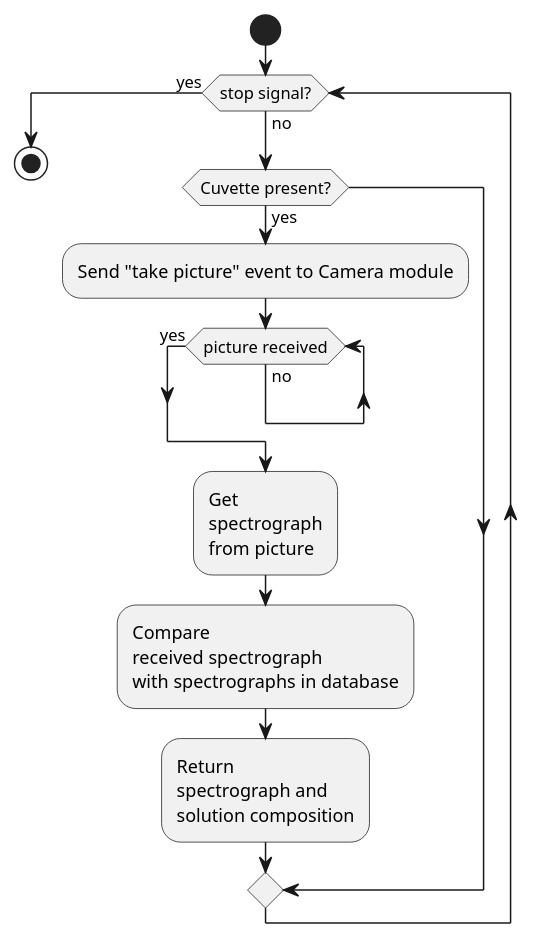
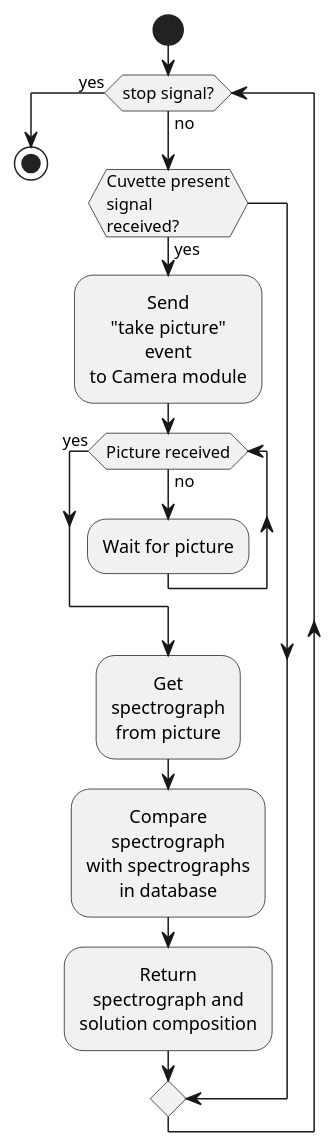
One commit to rantonet/raspiscope-python changed the diagram in diagrams/analysis/analysisMainLoop.plantuml. Above: the diagram before and after it, drawn with PlantUML. The commit also changed 8 other files, not shown here.

```diff
--- a/diagrams/analysis/analysisMainLoop.plantuml
+++ b/diagrams/analysis/analysisMainLoop.plantuml
@@ -1,14 +1,18 @@
 @startuml Analysis Main Loop
+<style>
+element{ HorizontalAlignment:center; }
+</style>
 start
 while (stop signal?) is (no)
-    if (Cuvette present?) then (yes)
-        :Send "take picture" event to Camera module;
-        while (picture received) is (no)
+    if (Cuvette present\nsignal\nreceived?) then (yes)
+        :Send\n"take picture"\nevent\nto Camera module;
+        while (Picture received) is (no)
+            :Wait for picture;
         endwhile (yes)
         :Get\nspectrograph\nfrom picture;
-        :Compare\nreceived spectrograph\nwith spectrographs in database;
+        :Compare\nspectrograph\nwith spectrographs\nin database;
         :Return\nspectrograph and\nsolution composition;
     endif
 endwhile (yes)
 stop
 @enduml
```
